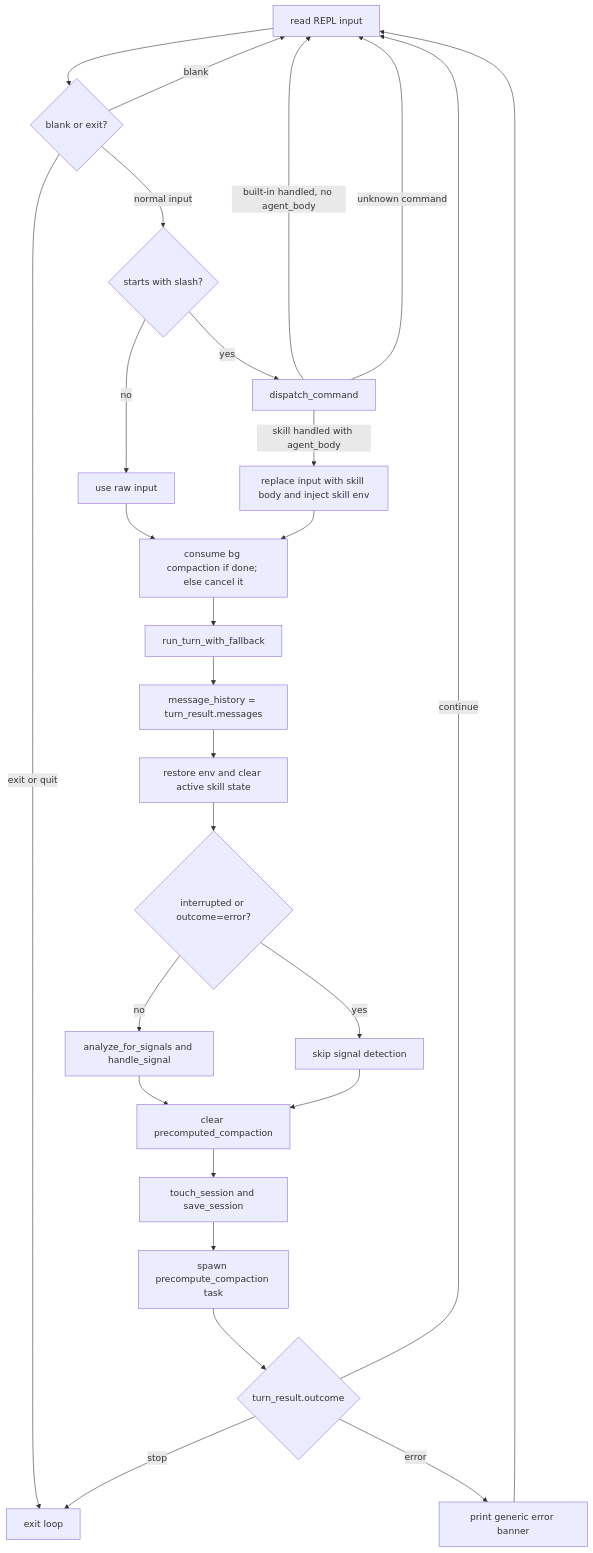
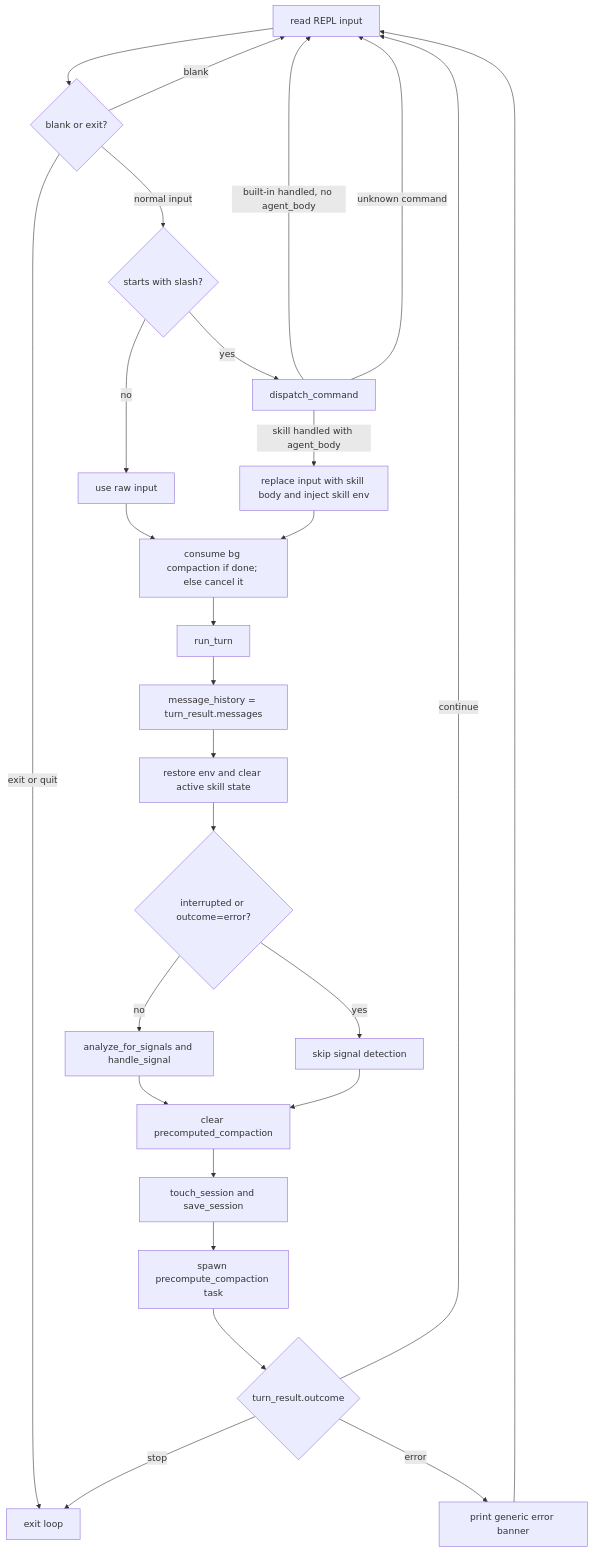
One commit to binlecode/co-cli changed the second of 4 diagrams in docs/DESIGN-core-loop.md. Above: the diagram before and after it, drawn with Mermaid. The commit also changed other lines of this file and 22 other files, not shown here.

````diff
--- a/docs/DESIGN-core-loop.md
+++ b/docs/DESIGN-core-loop.md
@@ -76,33 +87,33 @@
 ```mermaid
 flowchart TD
     A[read REPL input] --> B{blank or exit?}
     B -->|blank| A
     B -->|exit or quit| Z[exit loop]
     B -->|normal input| C{starts with slash?}
 
     C -->|no| D[use raw input]
     C -->|yes| E[dispatch_command]
 
     E -->|built-in handled, no agent_body| A
     E -->|skill handled with agent_body| F[replace input with skill body and inject skill env]
     E -->|unknown command| A
 
     D --> G[consume bg compaction if done; else cancel it]
     F --> G
 
-    G --> H[run_turn_with_fallback]
+    G --> H[run_turn]
     H --> I[message_history = turn_result.messages]
     I --> J[restore env and clear active skill state]
     J --> K{interrupted or outcome=error?}
     K -->|no| L[analyze_for_signals and handle_signal]
     K -->|yes| M[skip signal detection]
     L --> N[clear precomputed_compaction]
     M --> N
     N --> O[touch_session and save_session]
     O --> P[spawn precompute_compaction task]
     P --> Q{turn_result.outcome}
     Q -->|continue| A
     Q -->|error| R[print generic error banner]
     R --> A
     Q -->|stop| Z
 ```
````
